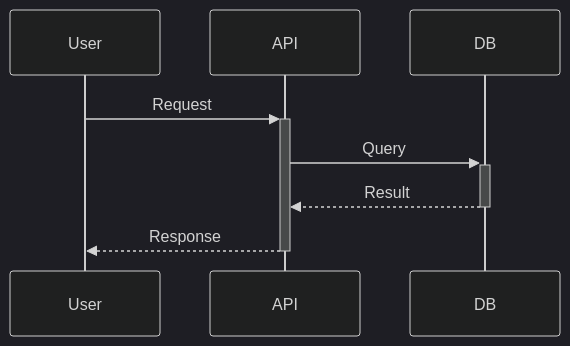
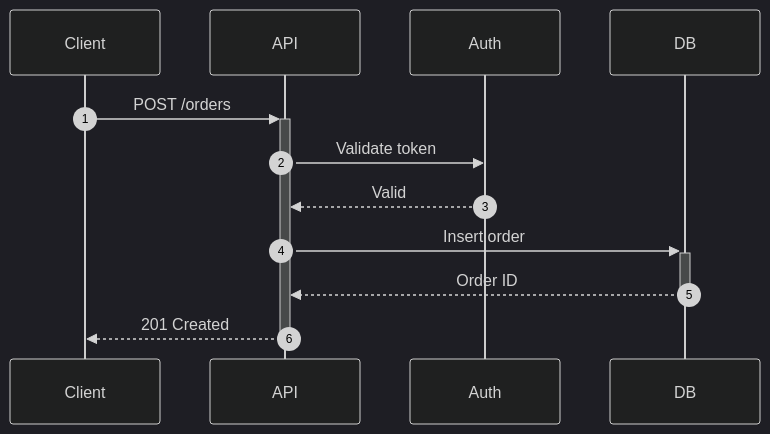
Before and after one commit to runkids/claude-skill-registry: the second of 4 diagrams in skills/data/mermaid-diagrams/SKILL.md, drawn with Mermaid (dark theme). The commit also changed other lines of this file and 17170 other files, not shown here.

````diff
--- a/skills/data/mermaid-diagrams/SKILL.md
+++ b/skills/data/mermaid-diagrams/SKILL.md
@@ -172,7 +105,10 @@
 ```mermaid
 sequenceDiagram
-    User->>+API: Request
-    API->>+DB: Query
-    DB-->>-API: Result
-    API-->>-User: Response
+    autonumber
+    Client->>+API: POST /orders
+    API->>Auth: Validate token
+    Auth-->>API: Valid
+    API->>+DB: Insert order
+    DB-->>-API: Order ID
+    API-->>-Client: 201 Created
 ```
````
